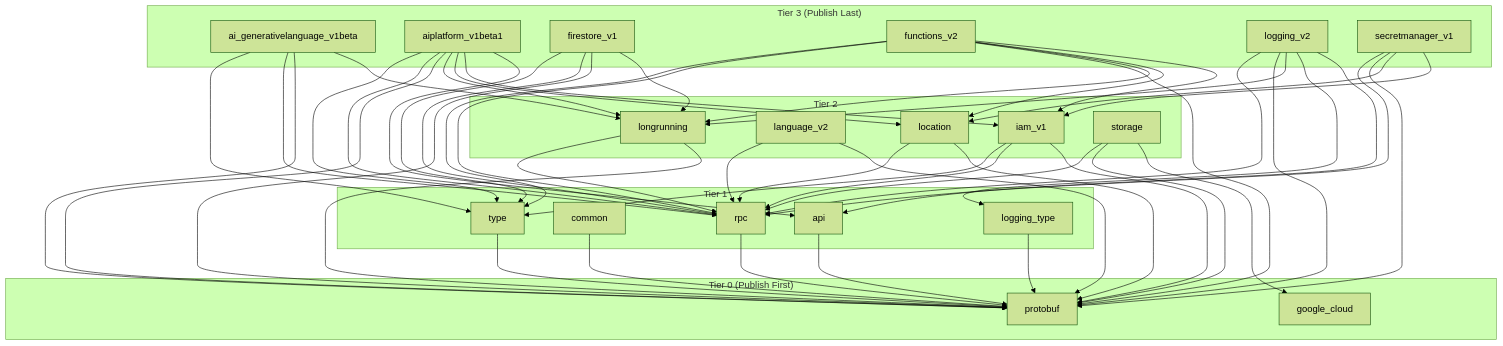
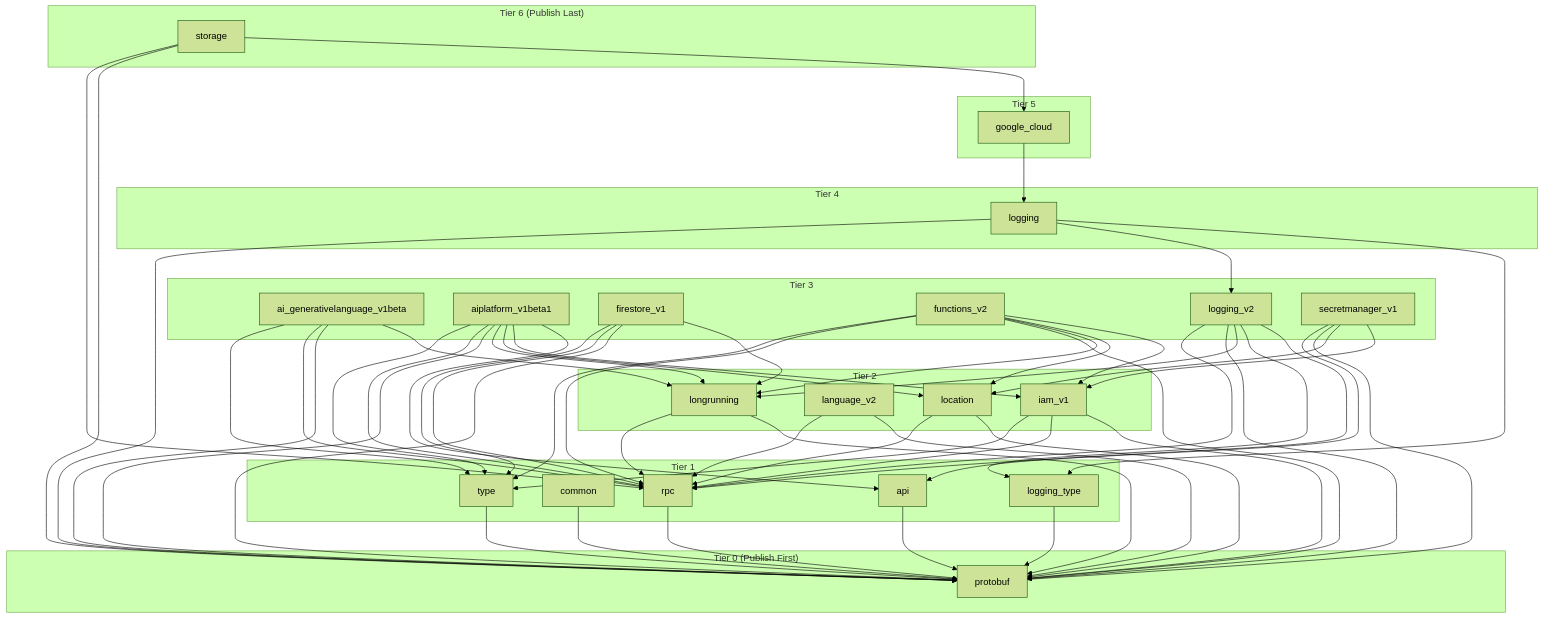
One commit to googleapis/google-cloud-dart changed the diagram in DEVELOPER_GUIDE.md. Above: the diagram before and after it, drawn with Mermaid (forest theme). The commit also changed 20 other files, not shown here.

Commit message:
feat: move logging logic from google_cloud to (new) google_cloud_logging (#255)

````diff
--- a/DEVELOPER_GUIDE.md
+++ b/DEVELOPER_GUIDE.md
@@ -15,7 +15,6 @@
 ```mermaid
 graph TD
   subgraph Tier0 ["Tier 0 (Publish First)"]
-    google_cloud["google_cloud"]
     google_cloud_protobuf["protobuf"]
   end
 
@@ -32,10 +31,9 @@
     google_cloud_language_v2["language_v2"]
     google_cloud_location["location"]
     google_cloud_longrunning["longrunning"]
-    google_cloud_storage["storage"]
   end
 
-  subgraph Tier3 ["Tier 3 (Publish Last)"]
+  subgraph Tier3 ["Tier 3"]
     google_cloud_ai_generativelanguage_v1beta["ai_generativelanguage_v1beta"]
     google_cloud_aiplatform_v1beta1["aiplatform_v1beta1"]
     google_cloud_firestore_v1["firestore_v1"]
@@ -44,6 +42,19 @@
     google_cloud_secretmanager_v1["secretmanager_v1"]
   end
 
+  subgraph Tier4 ["Tier 4"]
+    google_cloud_logging["logging"]
+  end
+
+  subgraph Tier5 ["Tier 5"]
+    google_cloud["google_cloud"]
+  end
+
+  subgraph Tier6 ["Tier 6 (Publish Last)"]
+    google_cloud_storage["storage"]
+  end
+
+  google_cloud --> google_cloud_logging
   google_cloud_ai_generativelanguage_v1beta --> google_cloud_longrunning
   google_cloud_ai_generativelanguage_v1beta --> google_cloud_protobuf
   google_cloud_ai_generativelanguage_v1beta --> google_cloud_rpc
@@ -74,6 +85,9 @@
   google_cloud_language_v2 --> google_cloud_rpc
   google_cloud_location --> google_cloud_protobuf
   google_cloud_location --> google_cloud_rpc
+  google_cloud_logging --> google_cloud_logging_type
+  google_cloud_logging --> google_cloud_logging_v2
+  google_cloud_logging --> google_cloud_protobuf
   google_cloud_logging_type --> google_cloud_protobuf
   google_cloud_logging_v2 --> google_cloud_api
   google_cloud_logging_v2 --> google_cloud_logging_type
````
